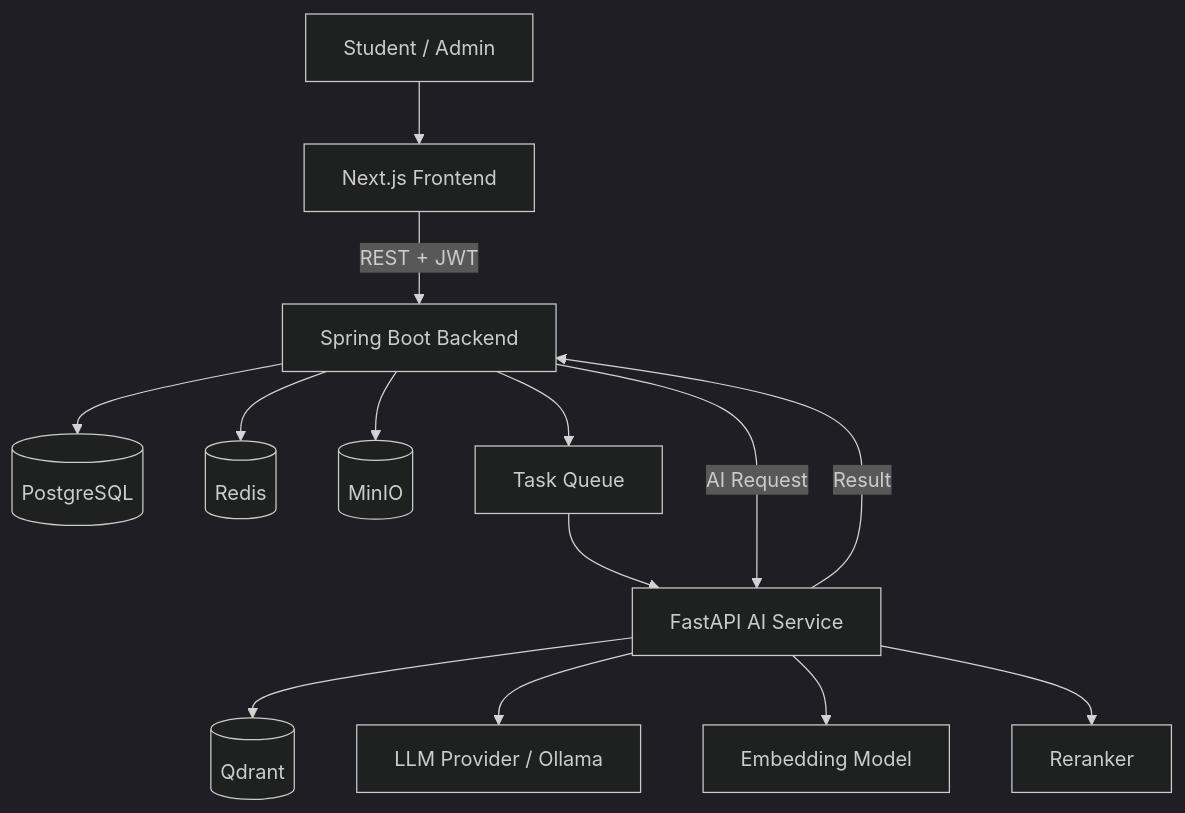
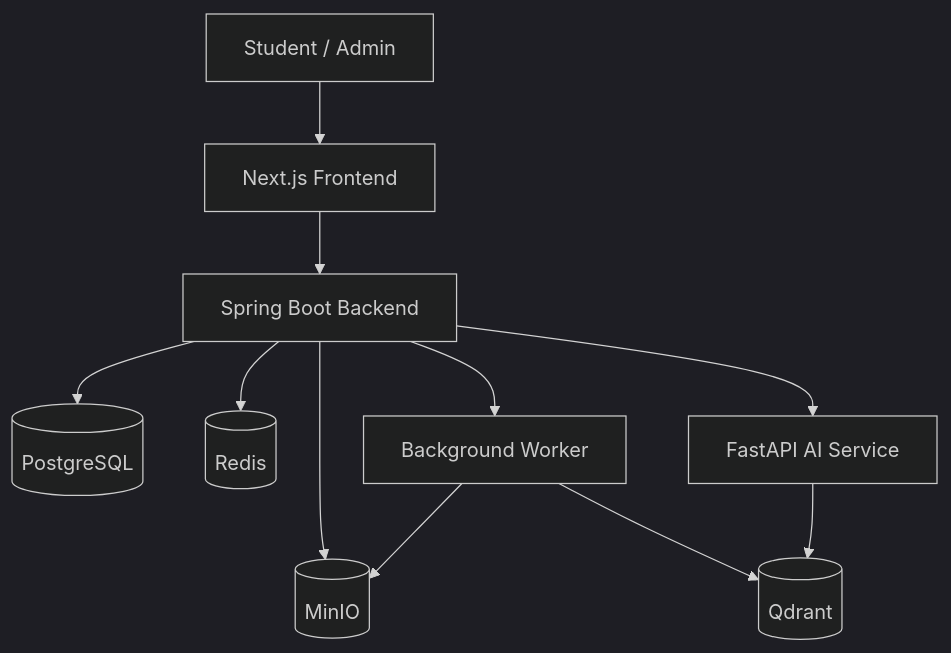
The first of 6 diagrams in AI_Study_Assistant_2.0_Full_Graduation_Project_Idea.md (Hoang-k68a3hus/support_learning), drawn with Mermaid (dark theme) before and after one commit. The commit also changed other lines of this file, not shown here.

````diff
--- a/AI_Study_Assistant_2.0_Full_Graduation_Project_Idea.md
+++ b/AI_Study_Assistant_2.0_Full_Graduation_Project_Idea.md
@@ -981,33 +845,26 @@
 ```mermaid
 flowchart TB
     U[Student / Admin]
     FE[Next.js Frontend]
     BE[Spring Boot Backend]
     PG[(PostgreSQL)]
     RD[(Redis)]
     FS[(MinIO)]
-    MQ[Task Queue]
     AI[FastAPI AI Service]
     VDB[(Qdrant)]
-    LLM[LLM Provider / Ollama]
-    EMB[Embedding Model]
-    RR[Reranker]
+    WORKER[Background Worker]
 
     U --> FE
-    FE -->|REST + JWT| BE
+    FE --> BE
 
     BE --> PG
     BE --> RD
     BE --> FS
-    BE --> MQ
+    BE --> AI
+    BE --> WORKER
 
-    MQ --> AI
-    BE -->|AI Request| AI
+    WORKER --> FS
+    WORKER --> VDB
 
     AI --> VDB
-    AI --> LLM
-    AI --> EMB
-    AI --> RR
-
-    AI -->|Result| BE
 ```
````
